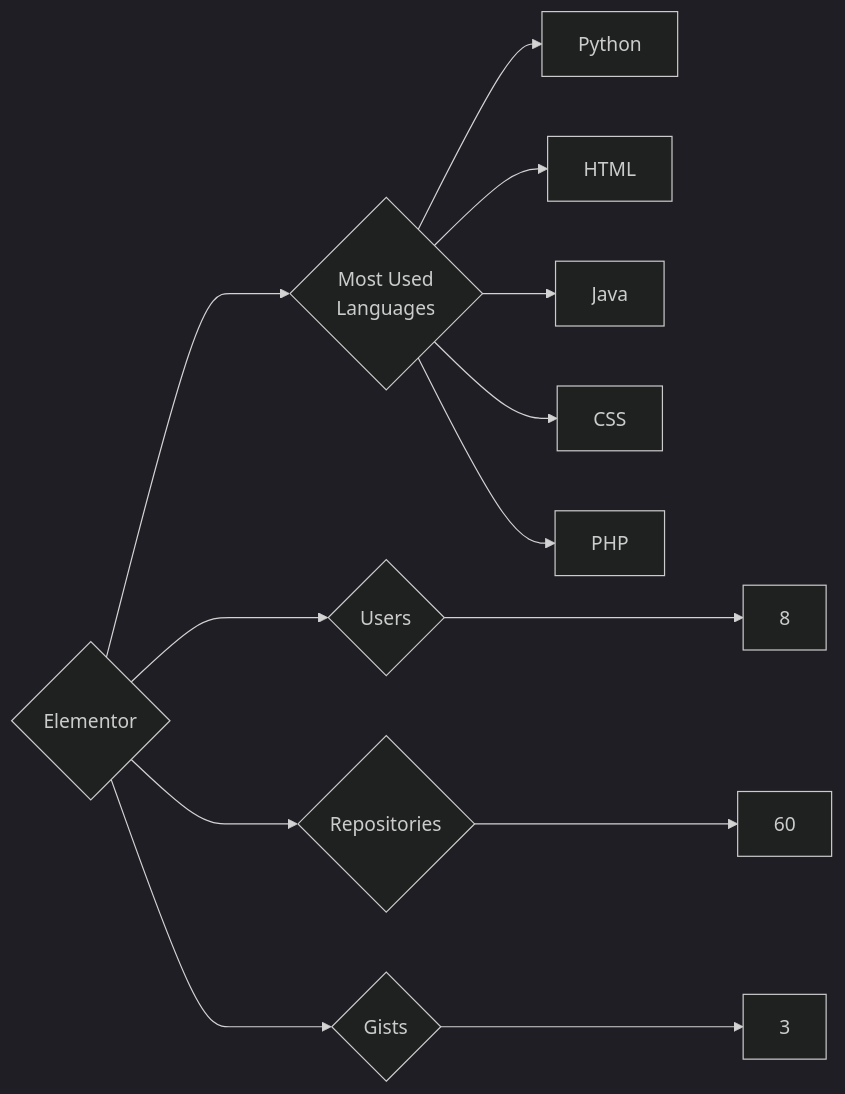
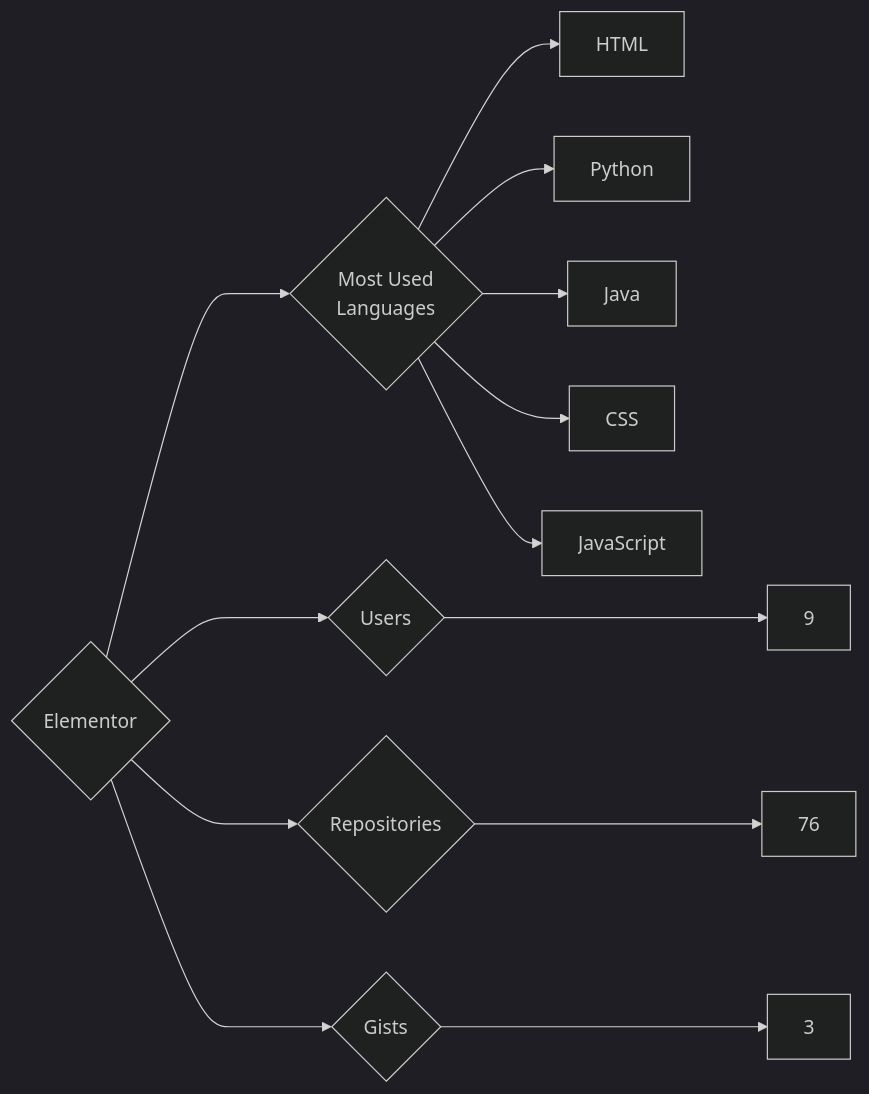
The diagram in targets/Elementor/README.md (trickest/insiders), drawn with Mermaid (dark theme) before and after one commit. The commit also changed 865 other files, not shown here.

````diff
--- a/targets/Elementor/README.md
+++ b/targets/Elementor/README.md
@@ -3,13 +3,13 @@
 ```mermaid
 graph LR
 COMPANY_NAME{Elementor}
-COMPANY_NAME ---> U{Users} ---> UN[8]
-COMPANY_NAME ---> R{Repositories} ---> RN[60]
+COMPANY_NAME ---> U{Users} ---> UN[9]
+COMPANY_NAME ---> R{Repositories} ---> RN[76]
 COMPANY_NAME ---> G{Gists} ---> GN[3]
 COMPANY_NAME ---> ML{Most Used<br>Languages}
+ML --> HTML[HTML]
 ML --> Python[Python]
-ML --> HTML[HTML]
 ML --> Java[Java]
 ML --> CSS[CSS]
-ML --> PHP[PHP]
+ML --> JavaScript[JavaScript]
 ```
````
